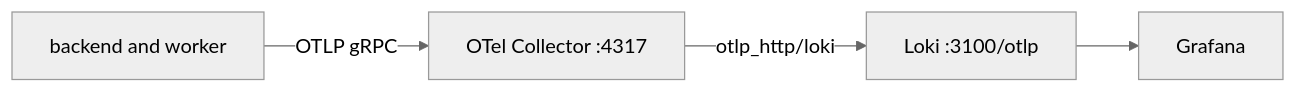
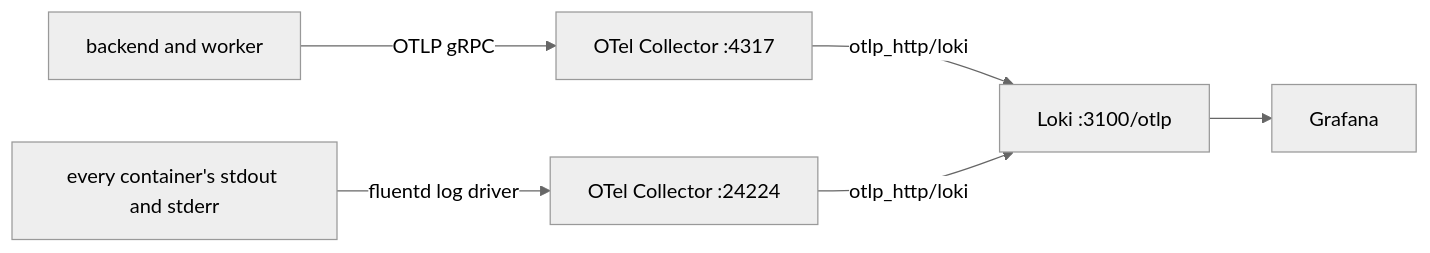
The diagram in docs/operations/loki.md (HardMax71/Integr8sCode), drawn with Mermaid (neutral theme) before and after one commit. The commit also changed other lines of this file and 3 other files, not shown here.

Commit message:
feat: every container's output reaches Loki through Docker's fluentd driver and the collector (#421)

````diff
--- a/docs/operations/loki.md
+++ b/docs/operations/loki.md
@@ -5,6 +5,8 @@
 ```mermaid
 flowchart LR
     Proc["backend and worker"] -->|"OTLP gRPC"| Collector["OTel Collector :4317"]
+    Docker["every container's stdout and stderr"] -->|"fluentd log driver"| Collector2["OTel Collector :24224"]
     Collector -->|"otlp_http/loki"| Loki["Loki :3100/otlp"]
+    Collector2 -->|"otlp_http/loki"| Loki
     Loki --> Grafana
 ```
````
